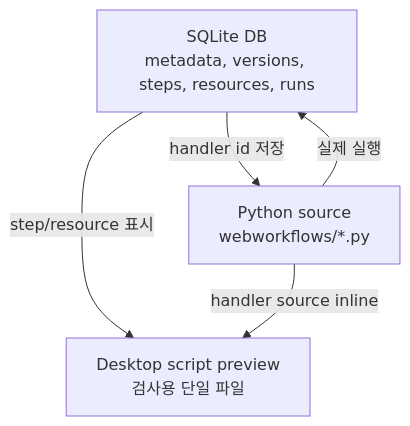
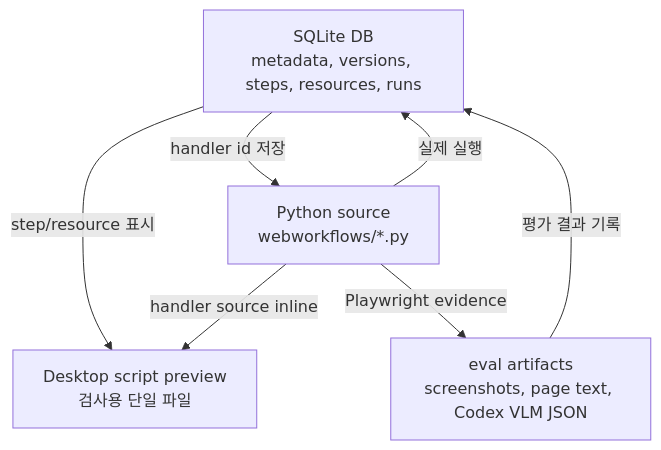
Before and after one commit to minguk-jang/spica_at_home: the sixth of 7 diagrams in webmcp/docs/ARCHITECTURE.md, drawn with Mermaid. The commit also changed other lines of this file and 81 other files, not shown here.

````diff
--- a/webmcp/docs/ARCHITECTURE.md
+++ b/webmcp/docs/ARCHITECTURE.md
@@ -148,11 +151,14 @@
 ```mermaid
 flowchart TD
   DB["SQLite DB<br/>metadata, versions, steps, resources, runs"]
   Code["Python source<br/>webworkflows/*.py"]
   Preview["Desktop script preview<br/>검사용 단일 파일"]
+  Eval["eval artifacts<br/>screenshots, page text, Codex VLM JSON"]
 
   DB -->|handler id 저장| Code
   Code -->|실제 실행| DB
   DB -->|step/resource 표시| Preview
   Code -->|handler source inline| Preview
+  Code -->|Playwright evidence| Eval
+  Eval -->|평가 결과 기록| DB
 ```
````
